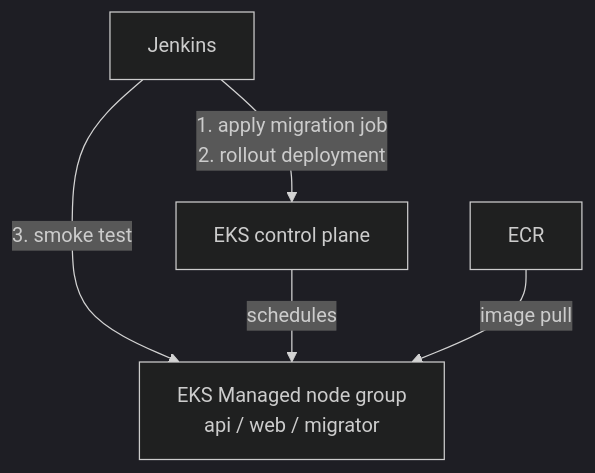
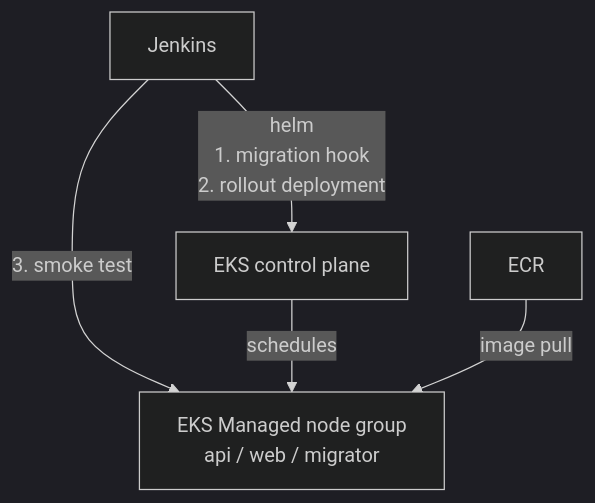
One commit to tuannamtruong/Gaku changed the second of 2 diagrams in docs/cicd-workflow-aws.md. Above: the diagram before and after it, drawn with Mermaid (dark theme). The commit also changed other lines of this file and 6 other files, not shown here.

First line of the commit message:
Deploy staging in AWS with the Helm chart

````diff
--- a/docs/cicd-workflow-aws.md
+++ b/docs/cicd-workflow-aws.md
@@ -42,13 +42,13 @@
 ```mermaid
 flowchart TD
     ECR["ECR"]
     EKS-CP["EKS control plane"]
     Nodes["EKS Managed node group\n api / web / migrator"]
 
     Jenkins["Jenkins"]
 
-    Jenkins -->|1. apply migration job<br/>2. rollout deployment| EKS-CP
+    Jenkins -->|helm<br/>1. migration hook<br/>2. rollout deployment| EKS-CP
     Jenkins -->|3. smoke test| Nodes  
     EKS-CP -->|schedules| Nodes
     ECR -->|image pull| Nodes
 ```
````
